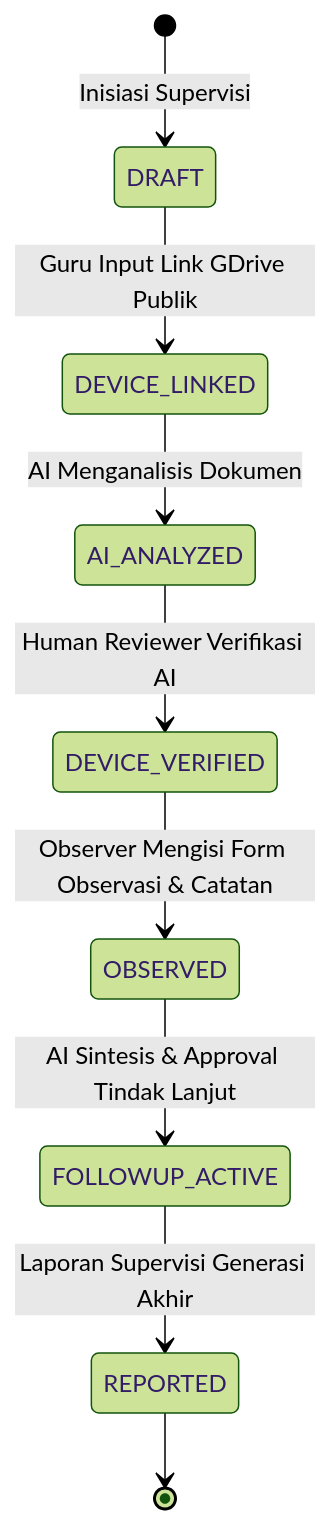
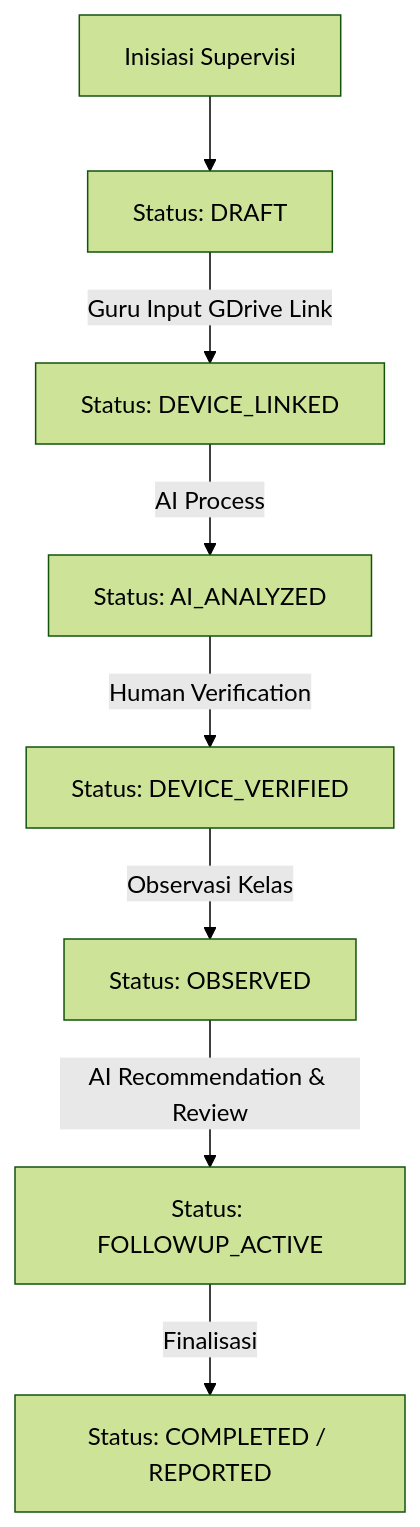
Before and after one commit to Hnzsama/supervisi_sekolah: the second of 2 diagrams in docs/03-business-workflows.md, drawn with Mermaid (forest theme). The commit also changed other lines of this file and 3 other files, not shown here.

Commit message:
Fix Mermaid syntax error and increase diagram scale

````diff
--- a/docs/03-business-workflows.md
+++ b/docs/03-business-workflows.md
@@ -62,11 +69,10 @@
 ```mermaid
-stateDiagram-v2
-    [*] --> DRAFT: Inisiasi Supervisi
-    DRAFT --> DEVICE_LINKED: Guru Input Link GDrive Publik
-    DEVICE_LINKED --> AI_ANALYZED: AI Menganalisis Dokumen
-    AI_ANALYZED --> DEVICE_VERIFIED: Human Reviewer Verifikasi AI
-    DEVICE_VERIFIED --> OBSERVED: Observer Mengisi Form Observasi & Catatan
-    OBSERVED --> FOLLOWUP_ACTIVE: AI Sintesis & Approval Tindak Lanjut
-    FOLLOWUP_ACTIVE --> REPORTED: Laporan Supervisi Generasi Akhir
-    REPORTED --> [*]
+flowchart TD
+    Init["Inisiasi Supervisi"] --> DRAFT["Status: DRAFT"]
+    DRAFT -->|Guru Input GDrive Link| DEVICE_LINKED["Status: DEVICE_LINKED"]
+    DEVICE_LINKED -->|AI Process| AI_ANALYZED["Status: AI_ANALYZED"]
+    AI_ANALYZED -->|Human Verification| DEVICE_VERIFIED["Status: DEVICE_VERIFIED"]
+    DEVICE_VERIFIED -->|Observasi Kelas| OBSERVED["Status: OBSERVED"]
+    OBSERVED -->|AI Recommendation & Review| FOLLOWUP_ACTIVE["Status: FOLLOWUP_ACTIVE"]
+    FOLLOWUP_ACTIVE -->|Finalisasi| REPORTED["Status: COMPLETED / REPORTED"]
 ```
````
